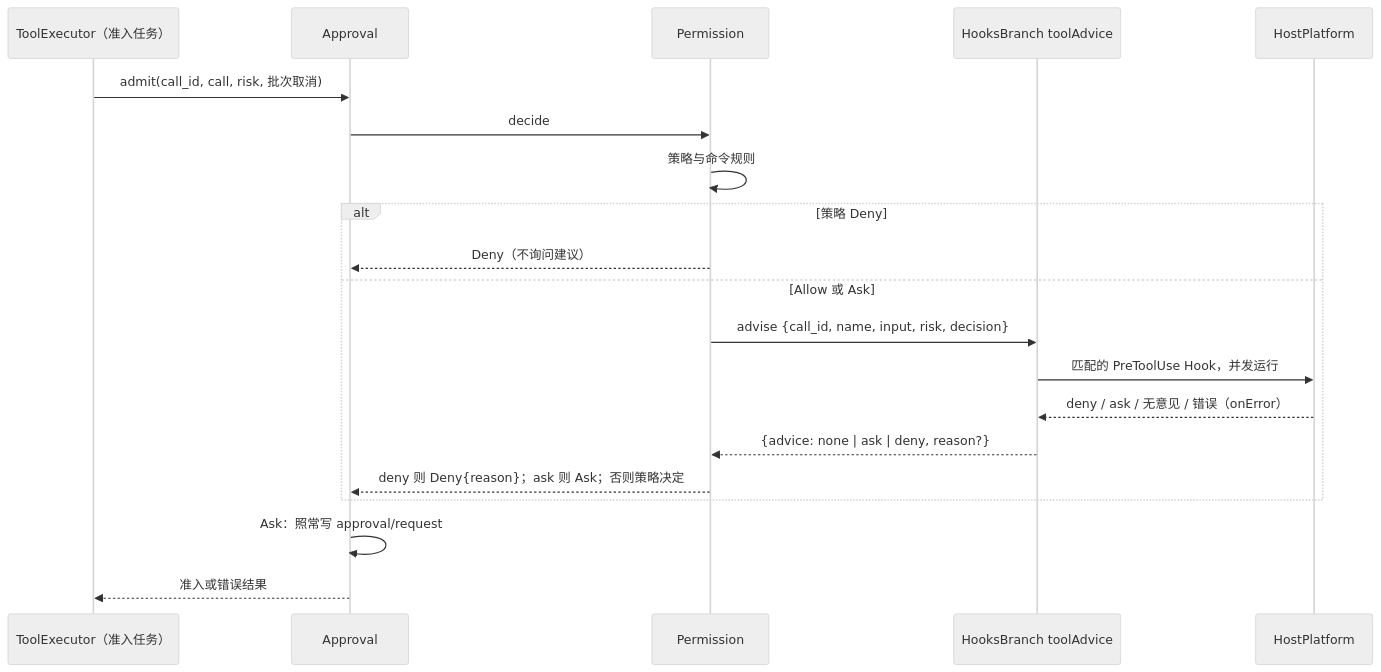
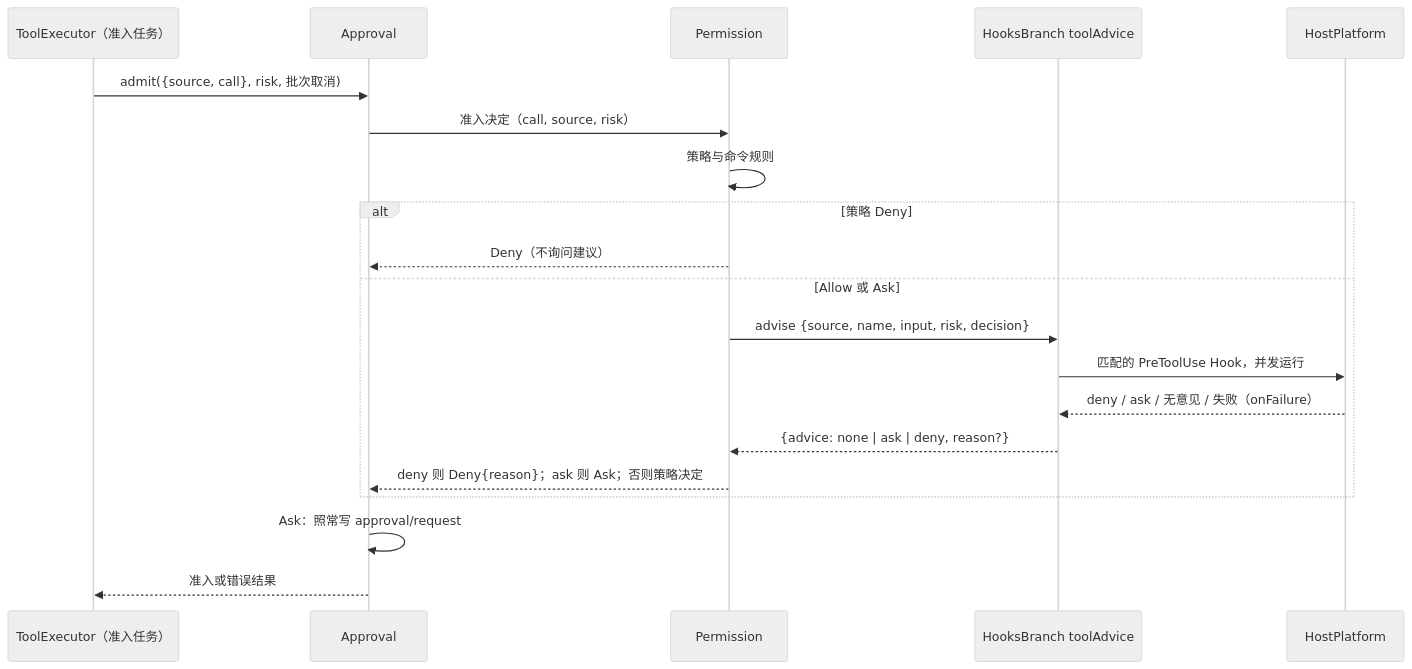
Before and after one commit to CoutinhoTTS/dim-agent: the third of 6 diagrams in docs/zh/design/plugins/Hooks.md, drawn with Mermaid (neutral theme). The commit also changed other lines of this file and 3 other files, not shown here.

````diff
--- a/docs/zh/design/plugins/Hooks.md
+++ b/docs/zh/design/plugins/Hooks.md
@@ -88,22 +111,22 @@
 ```mermaid
 sequenceDiagram
   participant TE as ToolExecutor（准入任务）
   participant AP as Approval
   participant PM as Permission
   participant HB as HooksBranch toolAdvice
   participant HP as HostPlatform
-  TE->>AP: admit(call_id, call, risk, 批次取消)
-  AP->>PM: decide
+  TE->>AP: admit({source, call}, risk, 批次取消)
+  AP->>PM: 准入决定（call, source, risk）
   PM->>PM: 策略与命令规则
   alt 策略 Deny
     PM-->>AP: Deny（不询问建议）
   else Allow 或 Ask
-    PM->>HB: advise {call_id, name, input, risk, decision}
+    PM->>HB: advise {source, name, input, risk, decision}
     HB->>HP: 匹配的 PreToolUse Hook，并发运行
-    HP-->>HB: deny / ask / 无意见 / 错误（onError）
+    HP-->>HB: deny / ask / 无意见 / 失败（onFailure）
     HB-->>PM: {advice: none | ask | deny, reason?}
     PM-->>AP: deny 则 Deny{reason}；ask 则 Ask；否则策略决定
   end
   AP->>AP: Ask：照常写 approval/request
   AP-->>TE: 准入或错误结果
 ```
````
